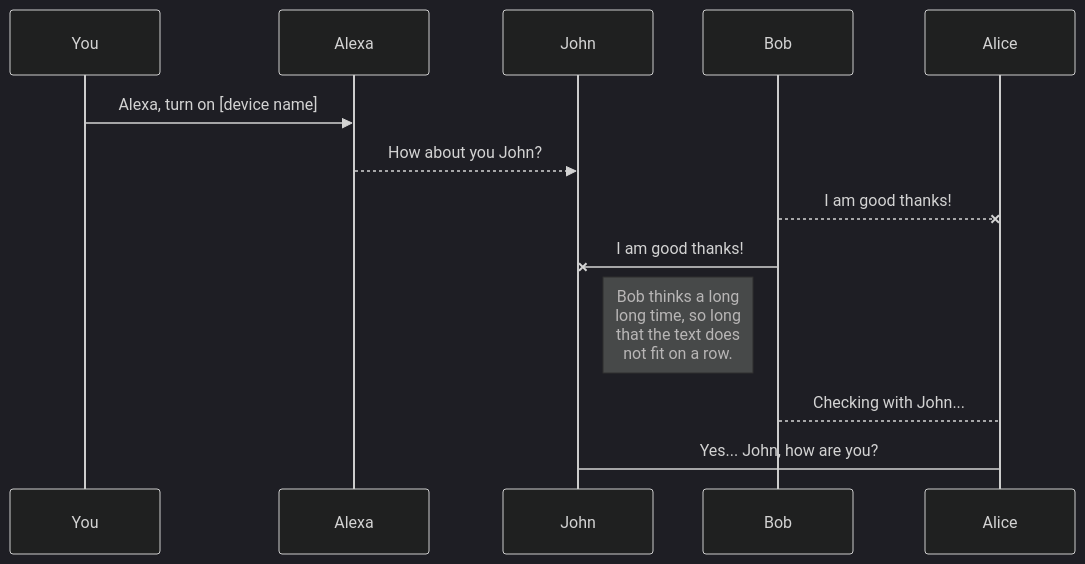
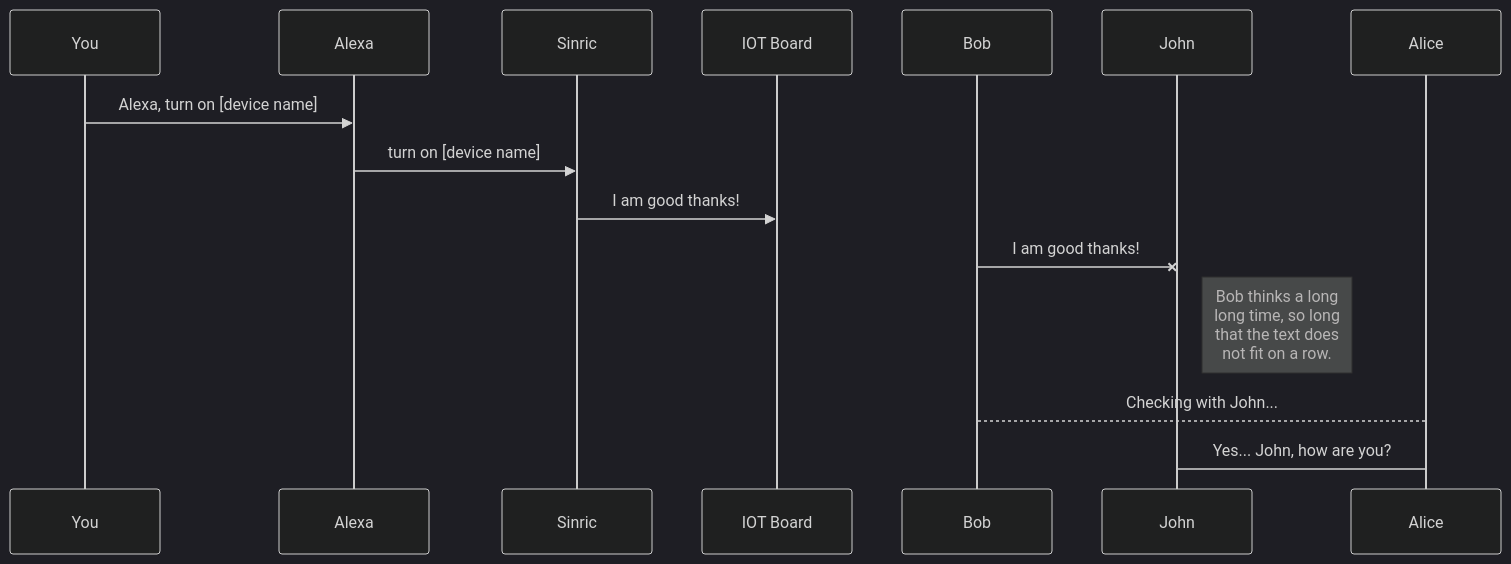
One commit to kakopappa/sinric-pro-help changed the first of 2 diagrams in Welcome file.md. Above: the diagram before and after it, drawn with Mermaid (dark theme). The commit also changed other lines of this file, not shown here.

Commit message:
Welcome file.md updated from https://stackedit.io/

````diff
--- a/Welcome file.md
+++ b/Welcome file.md
@@ -124,11 +124,11 @@
 ```mermaid
 sequenceDiagram
 You ->> Alexa: Alexa, turn on [device name]
-Alexa-->>John: How about you John?
-Bob--x Alice: I am good thanks!
+Alexa->>Sinric: turn on [device name]
+Sinric->>IOT Board: I am good thanks!
 Bob-x John: I am good thanks!
 Note right of John: Bob thinks a long<br/>long time, so long<br/>that the text does<br/>not fit on a row.
 
 Bob-->Alice: Checking with John...
 Alice->John: Yes... John, how are you?
 ```
````
